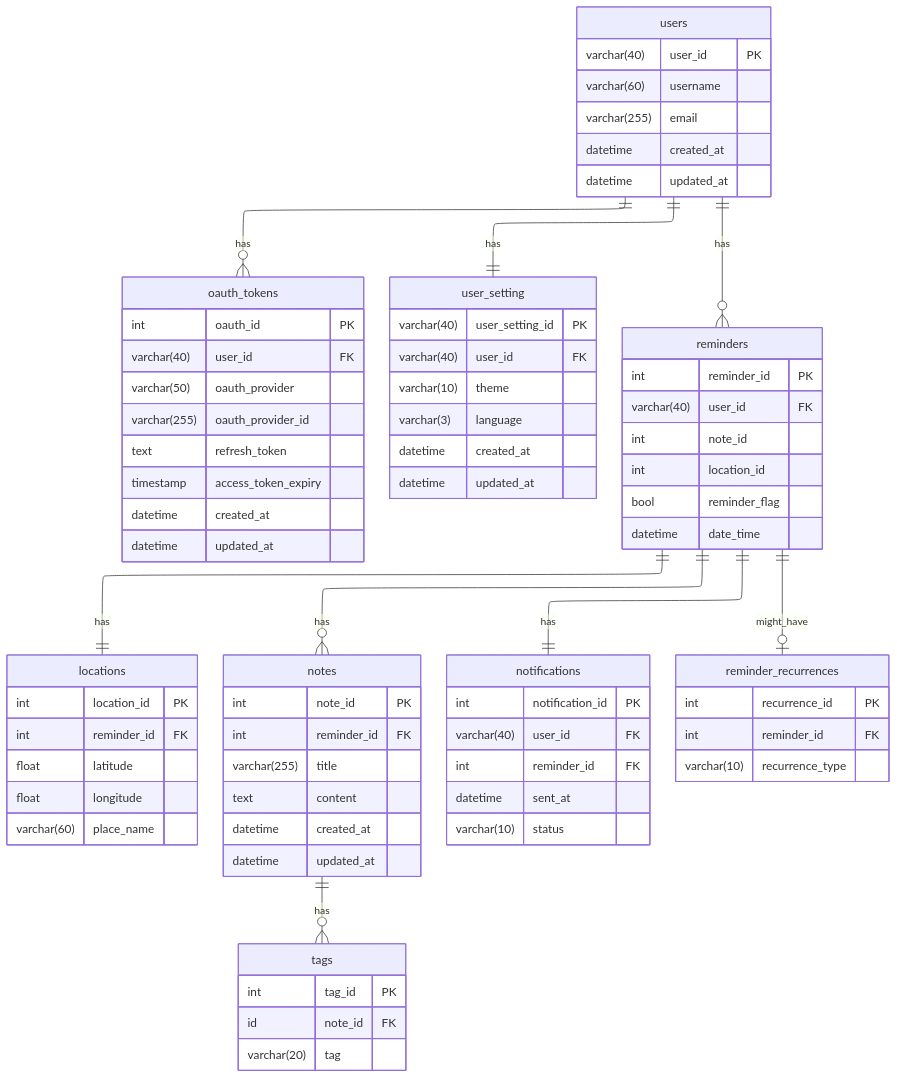
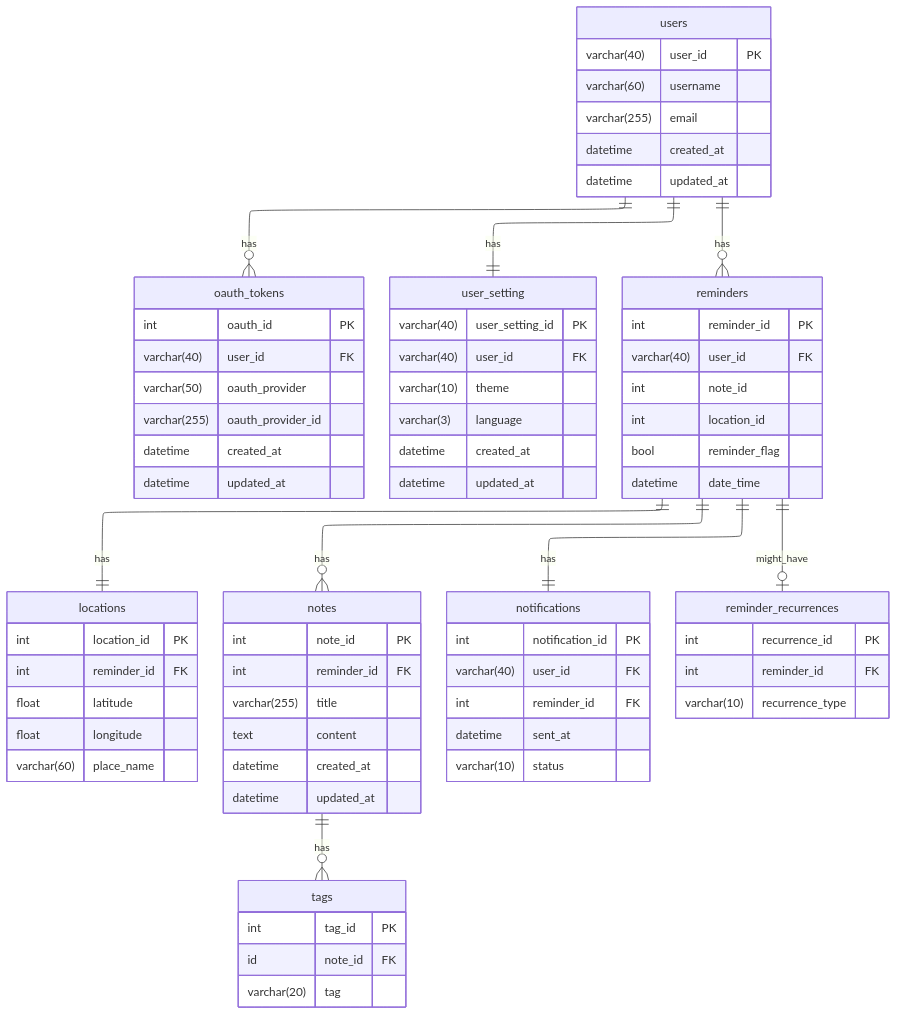
Before and after one commit to MapMinder/mapminder_documents: the diagram in er_diagram.md, drawn with Mermaid.

Commit message:
fix: removed access_tokens_expiry and refresh_token column

```diff
--- a/er_diagram.md
+++ b/er_diagram.md
@@ -12,8 +12,6 @@
     varchar(40) user_id FK 
     varchar(50) oauth_provider
     varchar(255) oauth_provider_id
-    text refresh_token
-    timestamp access_token_expiry
     datetime created_at
     datetime updated_at
 }
```
